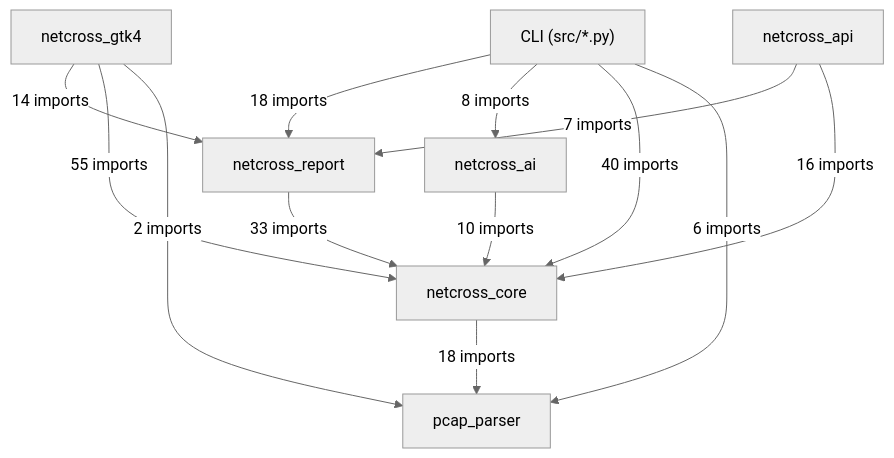
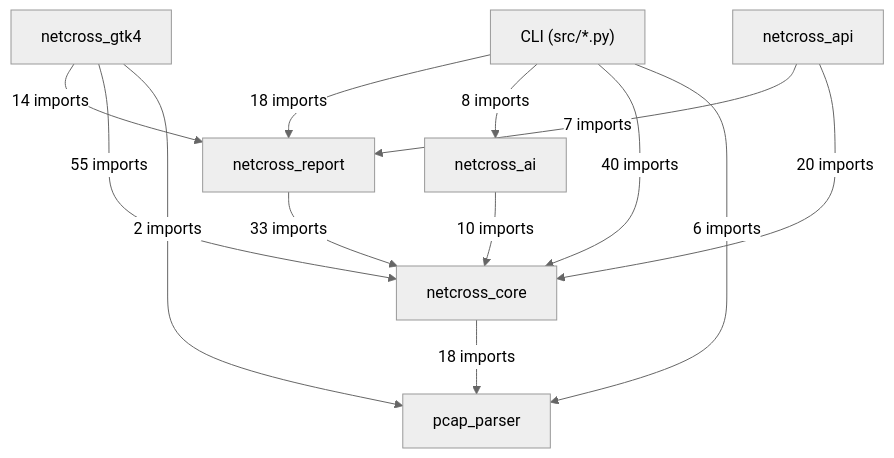
One commit to Mathide-Team/Netcross changed the first of 19 diagrams in docs/class-diagram.md. Above: the diagram before and after it, drawn with Mermaid (neutral theme). The commit also changed other lines of this file and 1 other file, not shown here.

Commit message:
fix(#675): formatage ruff, diagramme de classes, appels loguru dans except

````diff
--- a/docs/class-diagram.md
+++ b/docs/class-diagram.md
@@ -26,22 +26,22 @@
 ```mermaid
 flowchart TD
     CLI["CLI (src/*.py)"]
     netcross_gtk4["netcross_gtk4"]
     netcross_api["netcross_api"]
     netcross_report["netcross_report"]
     netcross_ai["netcross_ai"]
     netcross_core["netcross_core"]
     pcap_parser["pcap_parser"]
     CLI -->|"18 imports"| netcross_report
     CLI -->|"8 imports"| netcross_ai
     CLI -->|"40 imports"| netcross_core
     CLI -->|"6 imports"| pcap_parser
     netcross_gtk4 -->|"14 imports"| netcross_report
     netcross_gtk4 -->|"55 imports"| netcross_core
     netcross_gtk4 -->|"2 imports"| pcap_parser
     netcross_api -->|"7 imports"| netcross_report
-    netcross_api -->|"16 imports"| netcross_core
+    netcross_api -->|"20 imports"| netcross_core
     netcross_report -->|"33 imports"| netcross_core
     netcross_ai -->|"10 imports"| netcross_core
     netcross_core -->|"18 imports"| pcap_parser
 ```
````
